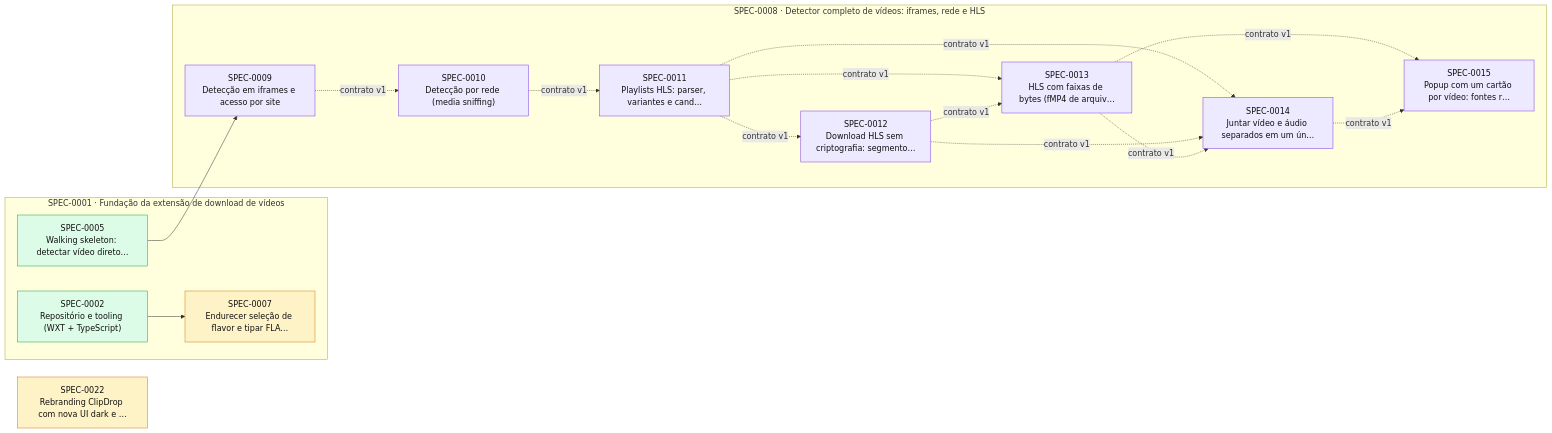
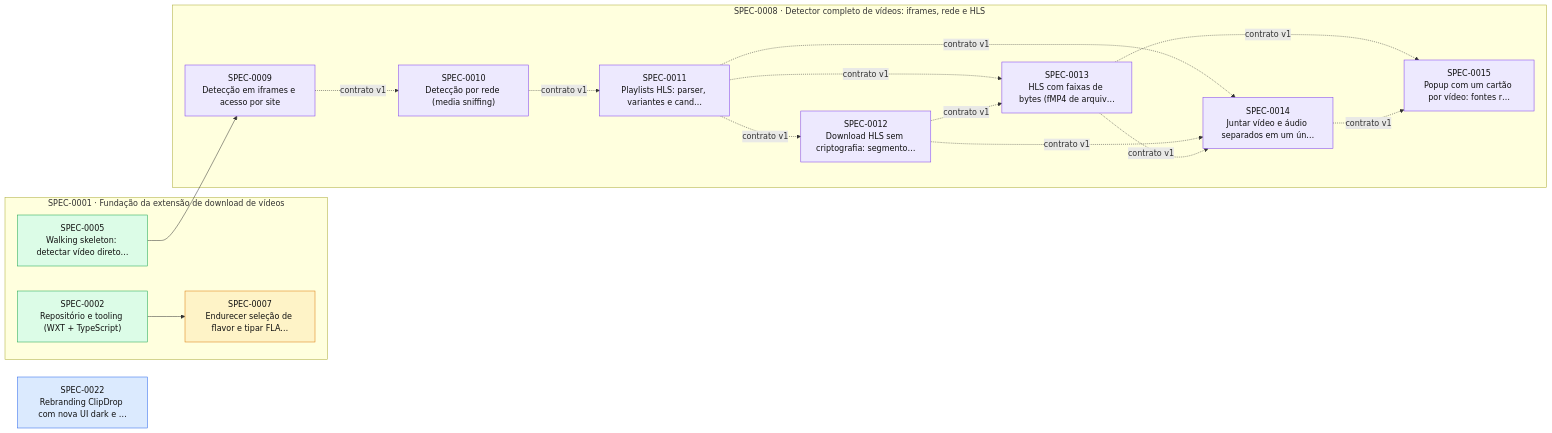
Before and after one commit to thomasravache/video-downloader: the diagram in docs/specs/INDEX.md, drawn with Mermaid. The commit also changed other lines of this file and 1 other file, not shown here.

First line of the commit message:
docs(spec): record H1 approval for SPEC-0022

````diff
--- a/docs/specs/INDEX.md
+++ b/docs/specs/INDEX.md
@@ -67,35 +67,35 @@
 ```mermaid
 flowchart LR
-  S0022["SPEC-0022<br/>Rebranding ClipDrop com nova UI dark e …"]:::proposed
+  S0022["SPEC-0022<br/>Rebranding ClipDrop com nova UI dark e …"]:::approved
   subgraph E0001["SPEC-0001 · Fundação da extensão de download de vídeos"]
     S0002["SPEC-0002<br/>Repositório e tooling (WXT + TypeScript)"]:::implemented
     S0005["SPEC-0005<br/>Walking skeleton: detectar vídeo direto…"]:::implemented
     S0007["SPEC-0007<br/>Endurecer seleção de flavor e tipar FLA…"]:::proposed
   end
   subgraph E0008["SPEC-0008 · Detector completo de vídeos: iframes, rede e HLS"]
     S0009["SPEC-0009<br/>Detecção em iframes e acesso por site"]:::inprogress
     S0010["SPEC-0010<br/>Detecção por rede (media sniffing)"]:::inprogress
     S0011["SPEC-0011<br/>Playlists HLS: parser, variantes e cand…"]:::inprogress
     S0012["SPEC-0012<br/>Download HLS sem criptografia: segmento…"]:::inprogress
     S0013["SPEC-0013<br/>HLS com faixas de bytes (fMP4 de arquiv…"]:::inprogress
     S0014["SPEC-0014<br/>Juntar vídeo e áudio separados em um ún…"]:::inprogress
     S0015["SPEC-0015<br/>Popup com um cartão por vídeo: fontes r…"]:::inprogress
   end
   S0002 --> S0007
   S0005 --> S0009
   S0009 -. contrato v1 .-> S0010
   S0010 -. contrato v1 .-> S0011
   S0011 -. contrato v1 .-> S0012
   S0011 -. contrato v1 .-> S0013
   S0012 -. contrato v1 .-> S0013
   S0011 -. contrato v1 .-> S0014
   S0012 -. contrato v1 .-> S0014
   S0013 -. contrato v1 .-> S0014
   S0013 -. contrato v1 .-> S0015
   S0014 -. contrato v1 .-> S0015
   classDef proposed fill:#fef3c7,stroke:#d97706,color:#111
   classDef approved fill:#dbeafe,stroke:#2563eb,color:#111
   classDef inprogress fill:#ede9fe,stroke:#7c3aed,color:#111
   classDef implemented fill:#dcfce7,stroke:#16a34a,color:#111
   classDef deprecated fill:#f3f4f6,stroke:#9ca3af,color:#6b7280
 ```
````
